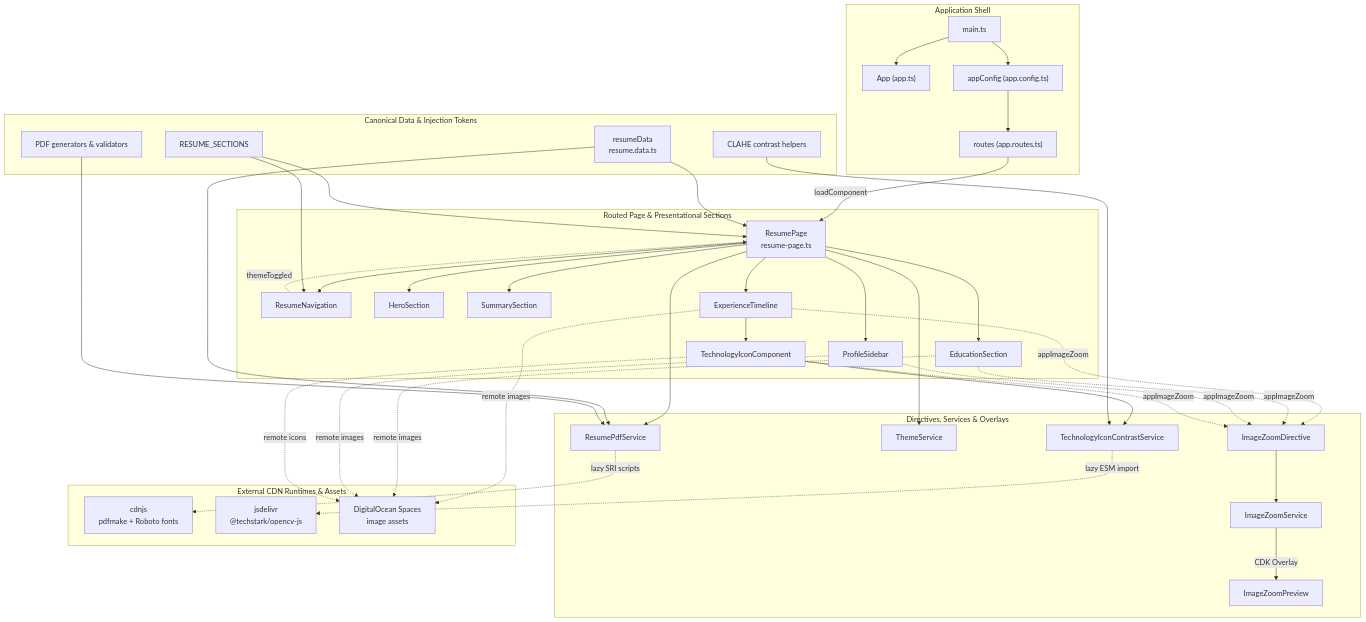
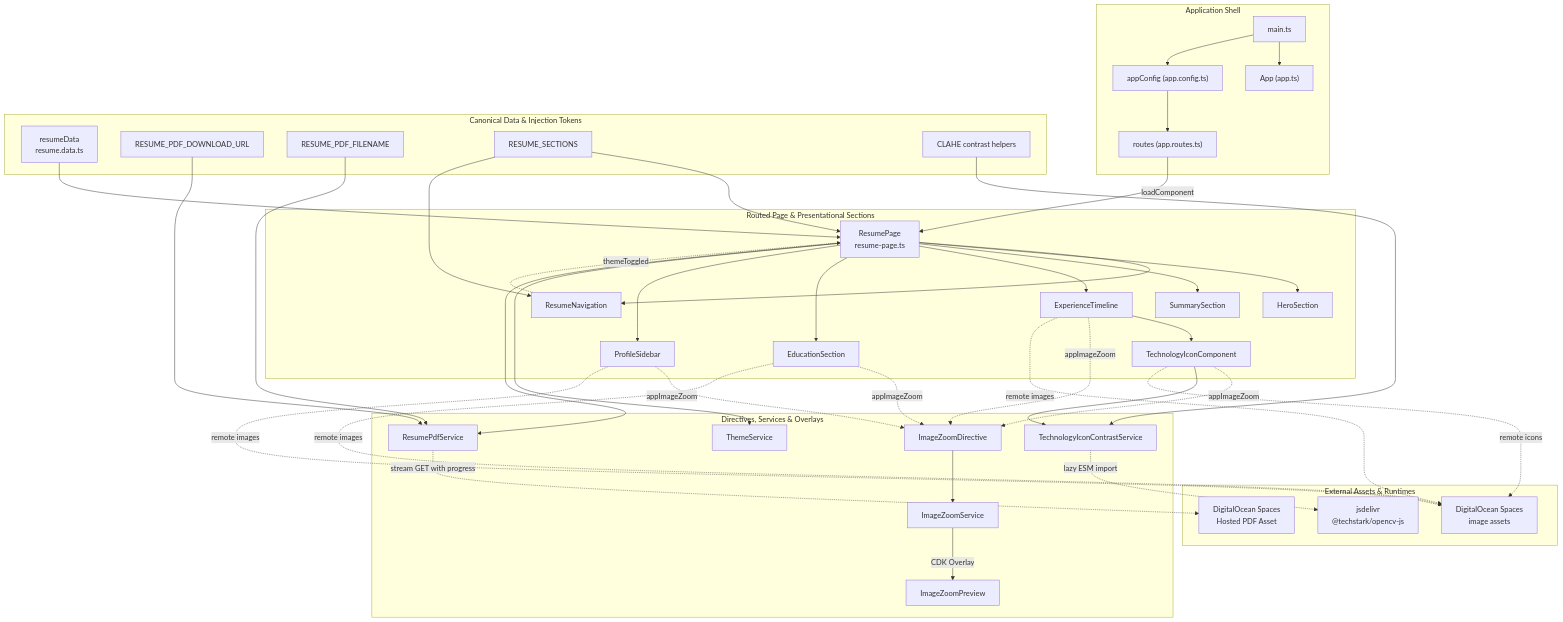
One commit to nawaphonOHM/resume changed the diagram in README.md. Above: the diagram before and after it, drawn with Mermaid. The commit also changed other lines of this file and 66 other files, not shown here.

````diff
--- a/README.md
+++ b/README.md
@@ -28,50 +28,50 @@
 ```mermaid
 graph TD
     subgraph Entry["Application Shell"]
         MAIN["main.ts"] --> APP["App (app.ts)"]
         MAIN --> APP_CONFIG["appConfig (app.config.ts)"]
         APP_CONFIG --> ROUTES["routes (app.routes.ts)"]
     end
 
     subgraph PageLayer["Routed Page & Presentational Sections"]
         ROUTES -->|loadComponent| RESUME_PAGE["ResumePage<br/>resume-page.ts"]
         RESUME_PAGE --> NAV["ResumeNavigation"]
         NAV -.->|themeToggled| RESUME_PAGE
         RESUME_PAGE --> HERO["HeroSection"]
         RESUME_PAGE --> SUMMARY["SummarySection"]
         RESUME_PAGE --> EXPERIENCE["ExperienceTimeline"]
         RESUME_PAGE --> EDUCATION["EducationSection"]
         RESUME_PAGE --> PROFILE["ProfileSidebar"]
         EXPERIENCE --> TECHNOLOGY_ICON["TechnologyIconComponent"]
     end
 
     subgraph Interactive["Directives, Services & Overlays"]
         EXPERIENCE -.->|appImageZoom| ZOOM_DIRECTIVE["ImageZoomDirective"]
         EDUCATION -.->|appImageZoom| ZOOM_DIRECTIVE
         PROFILE -.->|appImageZoom| ZOOM_DIRECTIVE
         TECHNOLOGY_ICON -.->|appImageZoom| ZOOM_DIRECTIVE
         ZOOM_DIRECTIVE --> ZOOM_SERVICE["ImageZoomService"]
         ZOOM_SERVICE -->|CDK Overlay| ZOOM_PREVIEW["ImageZoomPreview"]
         RESUME_PAGE --> THEME_SERVICE["ThemeService"]
         RESUME_PAGE --> PDF_SERVICE["ResumePdfService"]
         TECHNOLOGY_ICON --> CONTRAST_SERVICE["TechnologyIconContrastService"]
     end
 
     subgraph DataTokens["Canonical Data & Injection Tokens"]
         RESUME_DATA["resumeData<br/>resume.data.ts"] --> RESUME_PAGE
-        RESUME_DATA --> PDF_SERVICE
+        PDF_URL["RESUME_PDF_DOWNLOAD_URL"] --> PDF_SERVICE
+        PDF_NAME["RESUME_PDF_FILENAME"] --> PDF_SERVICE
         SECTIONS_TOKEN["RESUME_SECTIONS"] --> RESUME_PAGE
         SECTIONS_TOKEN --> NAV
-        PDF_HELPERS["PDF generators & validators"] --> PDF_SERVICE
         CONTRAST_HELPERS["CLAHE contrast helpers"] --> CONTRAST_SERVICE
     end
 
-    subgraph External["External CDN Runtimes & Assets"]
-        PDF_SERVICE -.->|lazy SRI scripts| PDFMAKE_CDN["cdnjs<br/>pdfmake + Roboto fonts"]
+    subgraph External["External Assets & Runtimes"]
+        PDF_SERVICE -.->|stream GET with progress| PDF_ASSET["DigitalOcean Spaces<br/>Hosted PDF Asset"]
         CONTRAST_SERVICE -.->|lazy ESM import| OPENCV_CDN["jsdelivr<br/>@techstark/opencv-js"]
         EXPERIENCE -.->|remote images| DO_SPACES["DigitalOcean Spaces<br/>image assets"]
         EDUCATION -.->|remote images| DO_SPACES
         PROFILE -.->|remote images| DO_SPACES
         TECHNOLOGY_ICON -.->|remote icons| DO_SPACES
     end
 ```
````
